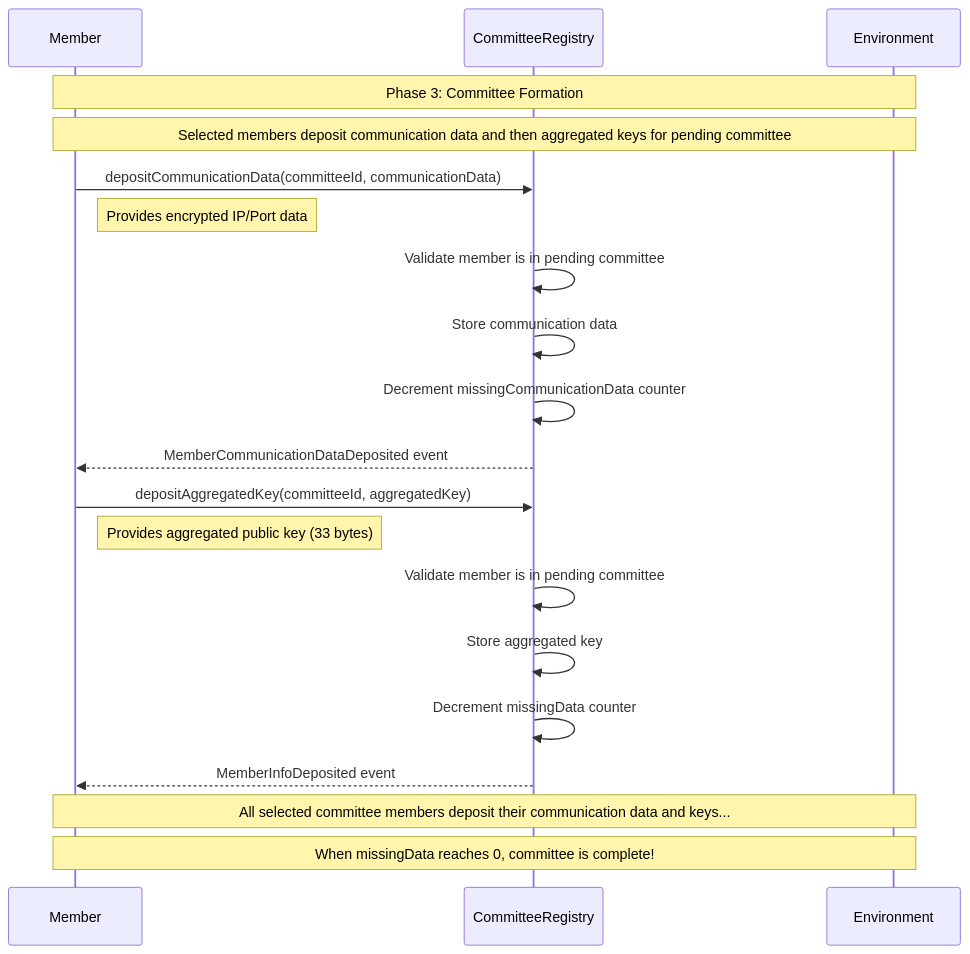
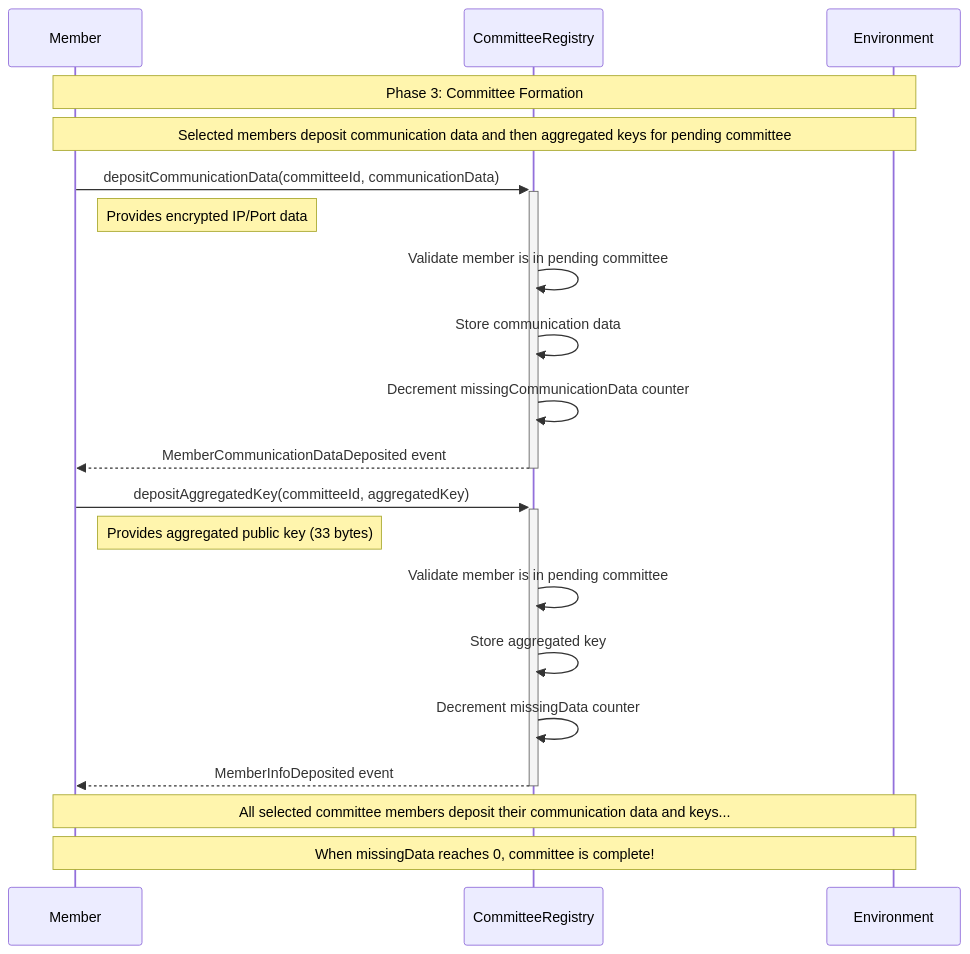
Before and after one commit to rsksmart/union-bridge-contracts: the third of 12 diagrams in README.md, drawn with Mermaid. The commit also changed other lines of this file, not shown here.

Commit message:
Add Table of contents and architecture to README

````diff
--- a/README.md
+++ b/README.md
@@ -108,26 +249,26 @@
 ```mermaid
 sequenceDiagram
     participant M as Member
     participant CR as CommitteeRegistry
     participant ENV as Environment
 
     Note over M,ENV: Phase 3: Committee Formation
     Note over M,ENV: Selected members deposit communication data and then aggregated keys for pending committee
 
-    M->>CR: depositCommunicationData(committeeId, communicationData)
+    M->>+CR: depositCommunicationData(committeeId, communicationData)
     Note right of M: Provides encrypted IP/Port data
     CR->>CR: Validate member is in pending committee
     CR->>CR: Store communication data
     CR->>CR: Decrement missingCommunicationData counter
-    CR-->>M: MemberCommunicationDataDeposited event
+    CR-->>-M: MemberCommunicationDataDeposited event
 
-    M->>CR: depositAggregatedKey(committeeId, aggregatedKey)
+    M->>+CR: depositAggregatedKey(committeeId, aggregatedKey)
     Note right of M: Provides aggregated public key (33 bytes)
     CR->>CR: Validate member is in pending committee
     CR->>CR: Store aggregated key
     CR->>CR: Decrement missingData counter
-    CR-->>M: MemberInfoDeposited event
+    CR-->>-M: MemberInfoDeposited event
 
     Note over M,ENV: All selected committee members deposit their communication data and keys...
     Note over M,ENV: When missingData reaches 0, committee is complete!
 ```
````
